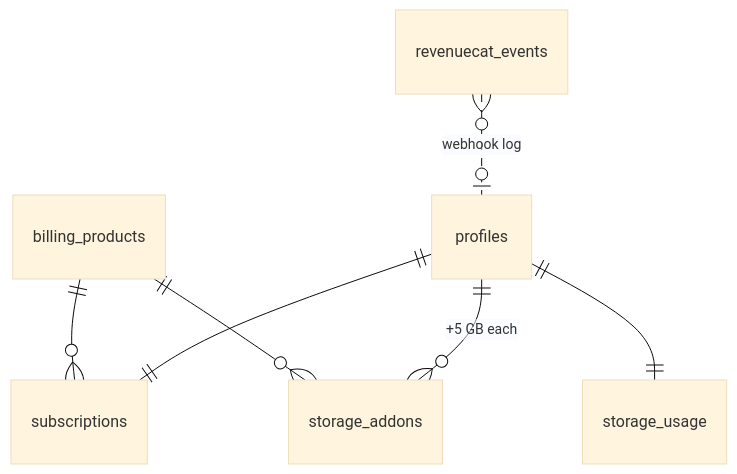
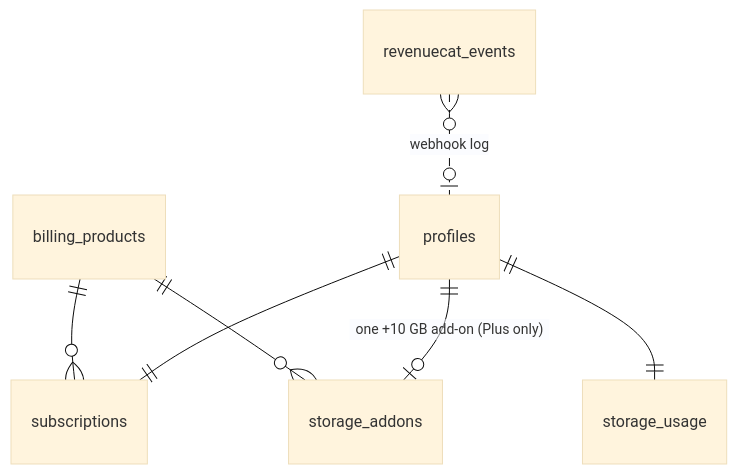
Before and after one commit to andrewsus83-design/CaminoPlus: the sixth of 7 diagrams in supabase/README.md, drawn with Mermaid (base theme). The commit also changed other lines of this file and 29 other files, not shown here.

````diff
--- a/supabase/README.md
+++ b/supabase/README.md
@@ -285,9 +285,9 @@
 ```mermaid
 erDiagram
   billing_products ||--o{ subscriptions : ""
   billing_products ||--o{ storage_addons : ""
   profiles ||--|| subscriptions : ""
-  profiles ||--o{ storage_addons : "+5 GB each"
+  profiles ||--o| storage_addons : "one +10 GB add-on (Plus only)"
   profiles ||--|| storage_usage : ""
   revenuecat_events }o..o| profiles : "webhook log"
 ```
````
